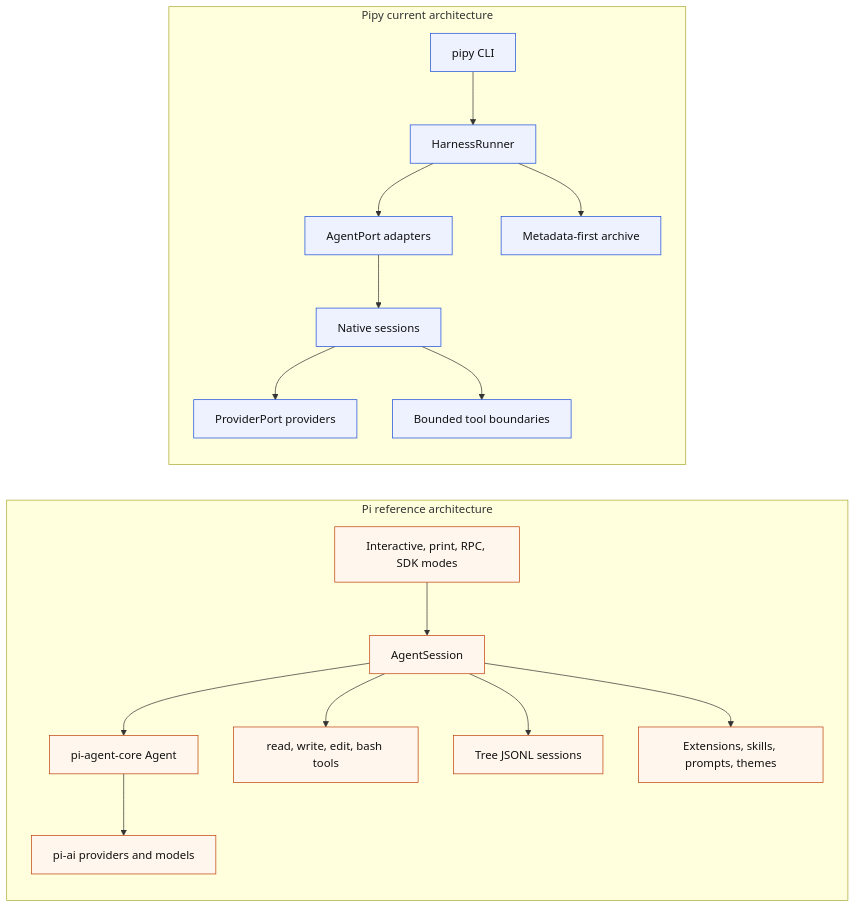
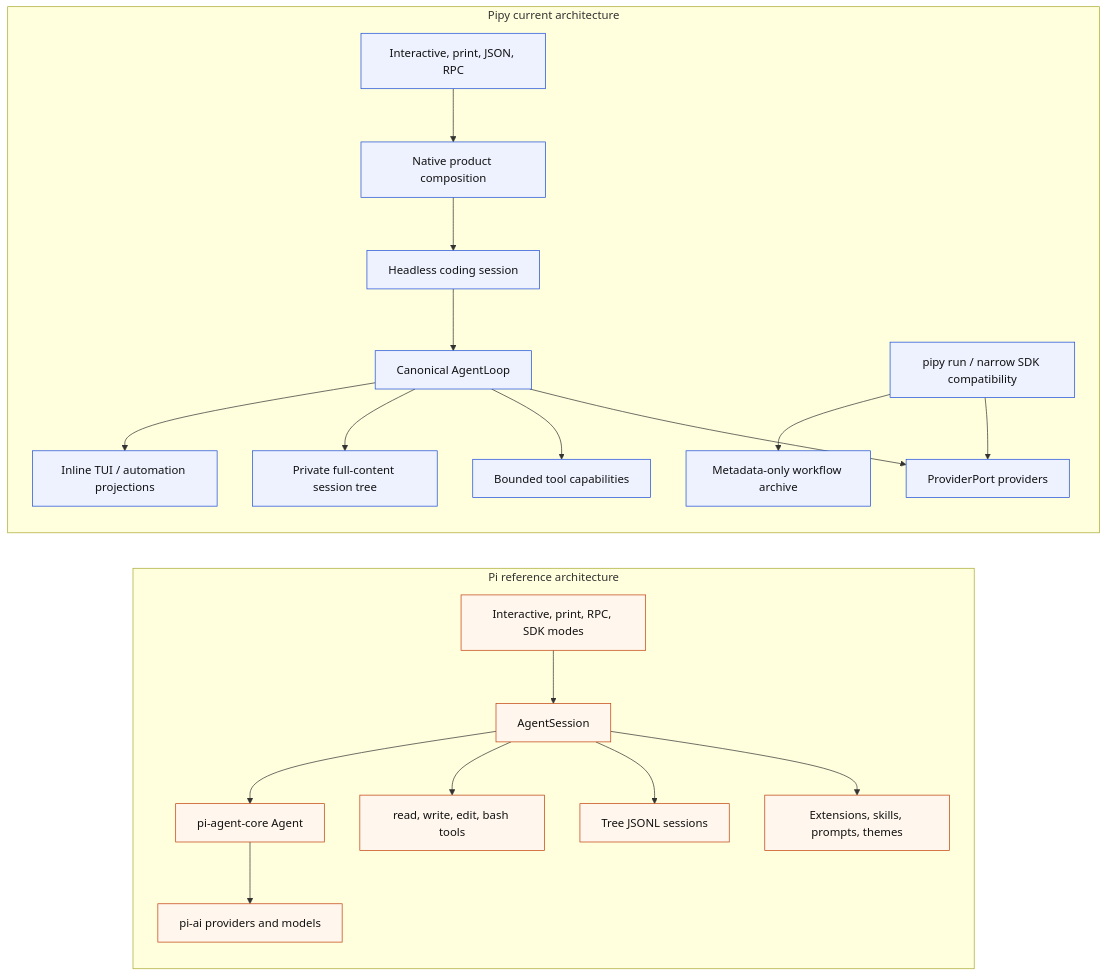
One commit to ephes/pipy changed the diagram in docs/pi-parity.md. Above: the diagram before and after it, drawn with Mermaid. The commit also changed other lines of this file and 13 other files, not shown here.

Commit message:
docs: close architecture quality program

````diff
--- a/docs/pi-parity.md
+++ b/docs/pi-parity.md
@@ -220,36 +224,43 @@
 ```mermaid
 flowchart LR
   subgraph Pi[Pi reference architecture]
     PiModes[Interactive, print, RPC, SDK modes]
     PiAgentSession[AgentSession]
     PiAgent[pi-agent-core Agent]
     PiAI[pi-ai providers and models]
     PiTools[read, write, edit, bash tools]
     PiSessions[Tree JSONL sessions]
     PiExt[Extensions, skills, prompts, themes]
   end
 
   subgraph Pipy[Pipy current architecture]
-    PipyCLI[pipy CLI]
-    PipyRunner[HarnessRunner]
-    PipyAdapters[AgentPort adapters]
-    PipyNative[Native sessions]
+    PipyModes[Interactive, print, JSON, RPC]
+    PipyComposition[Native product composition]
+    PipyCoding[Headless coding session]
+    PipyAgent[Canonical AgentLoop]
     PipyProviders[ProviderPort providers]
-    PipyTools[Bounded tool boundaries]
-    PipyArchive[Metadata-first archive]
+    PipyTools[Bounded tool capabilities]
+    PipySessions[Private full-content session tree]
+    PipyUi[Inline TUI / automation projections]
+    PipyCompat[pipy run / narrow SDK compatibility]
+    PipyArchive[Metadata-only workflow archive]
   end
 
   PiModes --> PiAgentSession --> PiAgent --> PiAI
   PiAgentSession --> PiTools
   PiAgentSession --> PiSessions
   PiAgentSession --> PiExt
 
-  PipyCLI --> PipyRunner --> PipyAdapters --> PipyNative --> PipyProviders
-  PipyNative --> PipyTools
-  PipyRunner --> PipyArchive
+  PipyModes --> PipyComposition --> PipyCoding --> PipyAgent
+  PipyAgent --> PipyProviders
+  PipyAgent --> PipyTools
+  PipyAgent --> PipySessions
+  PipyAgent --> PipyUi
+  PipyCompat --> PipyProviders
+  PipyCompat --> PipyArchive
 
   classDef pi fill:#fff7ed,stroke:#c2410c,color:#111111;
   classDef pipy fill:#eef2ff,stroke:#1d4ed8,color:#111111;
   class PiModes,PiAgentSession,PiAgent,PiAI,PiTools,PiSessions,PiExt pi;
-  class PipyCLI,PipyRunner,PipyAdapters,PipyNative,PipyProviders,PipyTools,PipyArchive pipy;
+  class PipyModes,PipyComposition,PipyCoding,PipyAgent,PipyProviders,PipyTools,PipySessions,PipyUi,PipyCompat,PipyArchive pipy;
 ```
````
